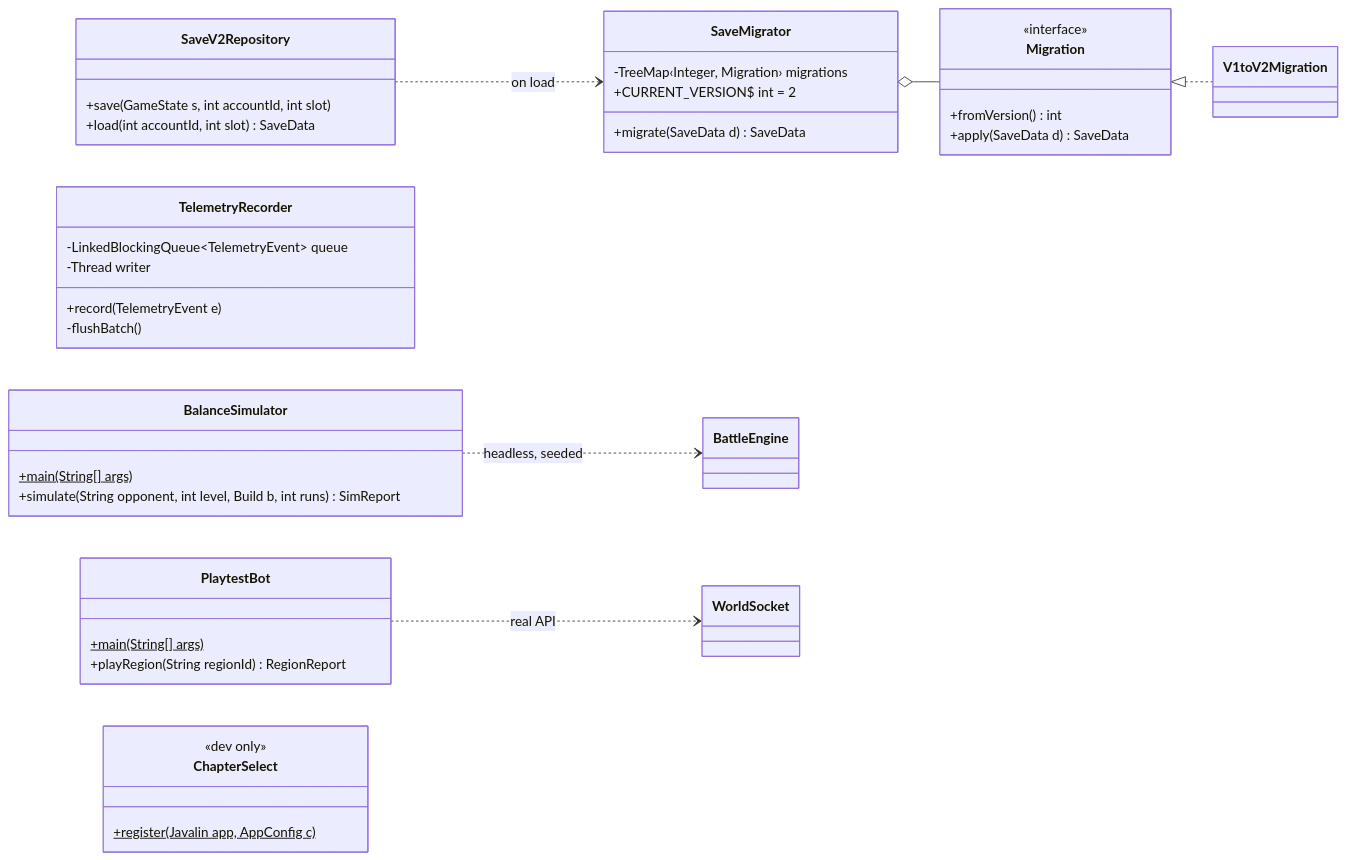
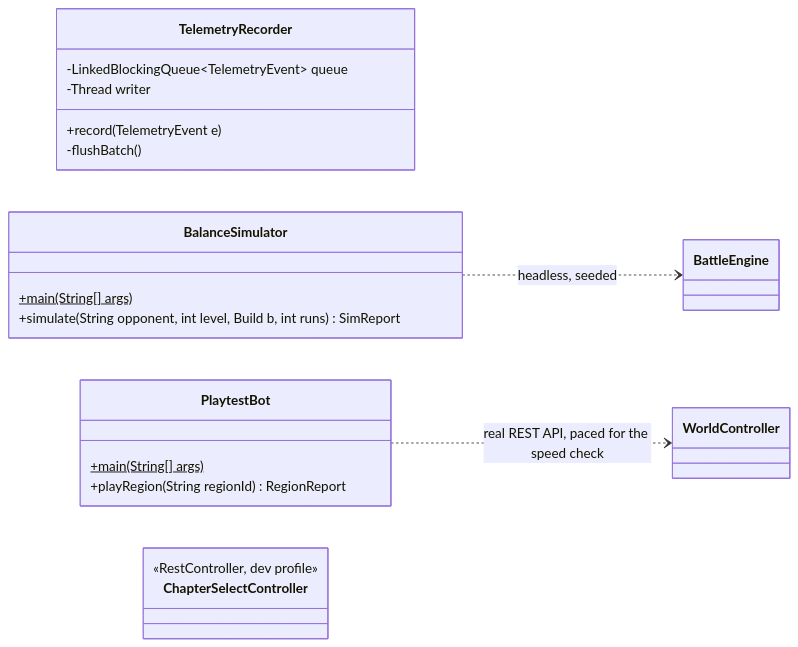
Before and after one commit to Shiven23-coder/shardbound: the eighth of 8 diagrams in docs/diagrams/class-diagram-v2.md, drawn with Mermaid. The commit also changed other lines of this file and 239 other files, not shown here.

````diff
--- a/docs/diagrams/class-diagram-v2.md
+++ b/docs/diagrams/class-diagram-v2.md
@@ -376,45 +521,26 @@
 ```mermaid
 classDiagram
     direction LR
-    class SaveMigrator {
-        -TreeMap‹Integer, Migration› migrations
-        +migrate(SaveData d) SaveData
-        +CURRENT_VERSION$ int = 2
-    }
-    class Migration {
-        <<interface>>
-        +fromVersion() int
-        +apply(SaveData d) SaveData
-    }
-    class V1toV2Migration
-    class SaveV2Repository {
-        +save(GameState s, int accountId, int slot)
-        +load(int accountId, int slot) SaveData
-    }
     class TelemetryRecorder {
         -LinkedBlockingQueue~TelemetryEvent~ queue
         -Thread writer
         +record(TelemetryEvent e)
         -flushBatch()
     }
     class BalanceSimulator {
         +main(String[] args)$
         +simulate(String opponent, int level, Build b, int runs) SimReport
     }
     class PlaytestBot {
         +main(String[] args)$
         +playRegion(String regionId) RegionReport
     }
-    class ChapterSelect {
-        <<dev only>>
-        +register(Javalin app, AppConfig c)$
+    class ChapterSelectController {
+        <<RestController, dev profile>>
     }
+    class BattleEngine
+    class WorldController
 
-    Migration <|.. V1toV2Migration
-    SaveMigrator o-- Migration
-    SaveV2Repository ..> SaveMigrator : on load
     BalanceSimulator ..> BattleEngine : headless, seeded
-    PlaytestBot ..> WorldSocket : real API
-    class BattleEngine
-    class WorldSocket
+    PlaytestBot ..> WorldController : real REST API, paced for the speed check
 ```
````
